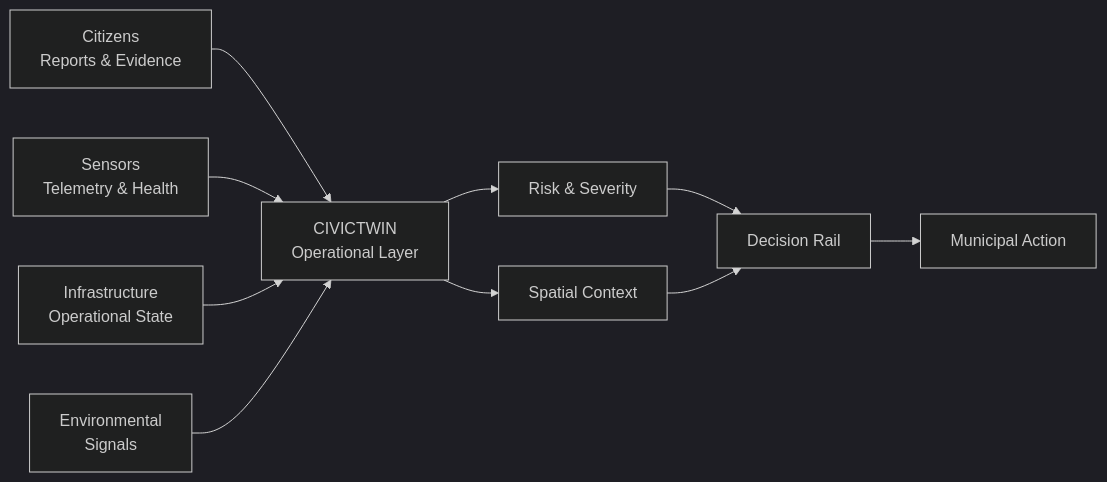
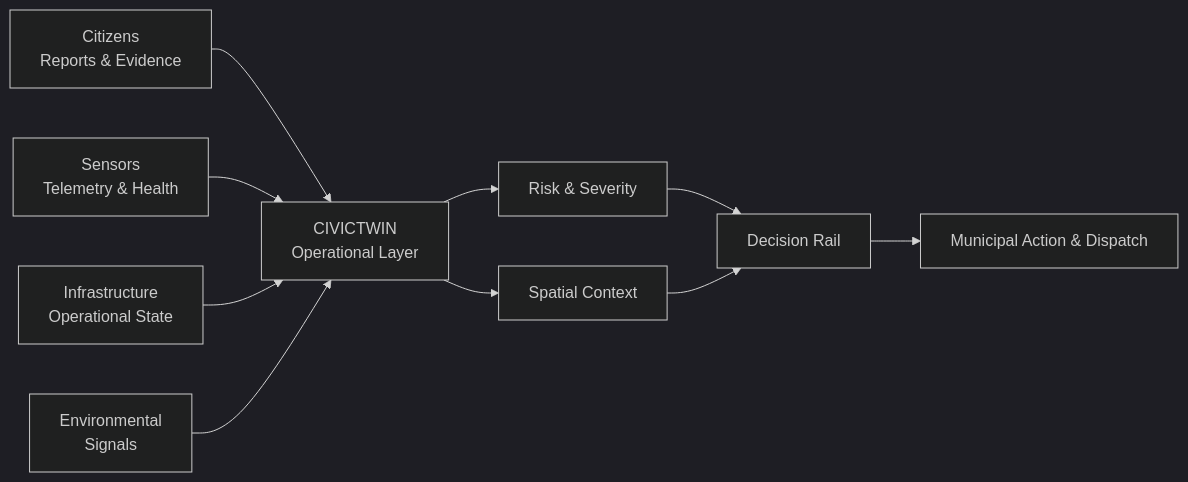
The first of 4 diagrams in README.md (SIDDHARTHXMEUR/CIVICTWIN), drawn with Mermaid (dark theme) before and after one commit. The commit also changed other lines of this file and 23 other files, not shown here.

````diff
--- a/README.md
+++ b/README.md
@@ -31,22 +31,22 @@
 ```mermaid
 flowchart LR 
 C["Citizens<br/>Reports & Evidence"] 
 S["Sensors<br/>Telemetry & Health"] 
 I["Infrastructure<br/>Operational State"] 
 E["Environmental<br/>Signals"] 
 T["CIVICTWIN<br/>Operational Layer"] 
 R["Risk & Severity"] 
 M["Spatial Context"] 
 D["Decision Rail"] 
-A["Municipal Action"] 
+A["Municipal Action & Dispatch"] 
 
 C --> T 
 S --> T 
 I --> T 
 E --> T 
 T --> R 
 T --> M 
 R --> D 
 M --> D 
 D --> A
 ```
````
